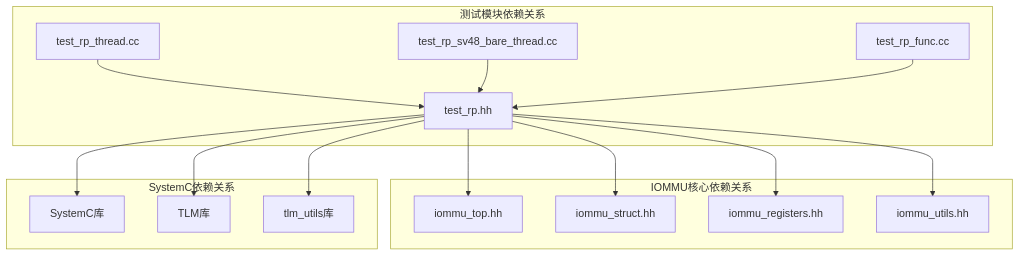
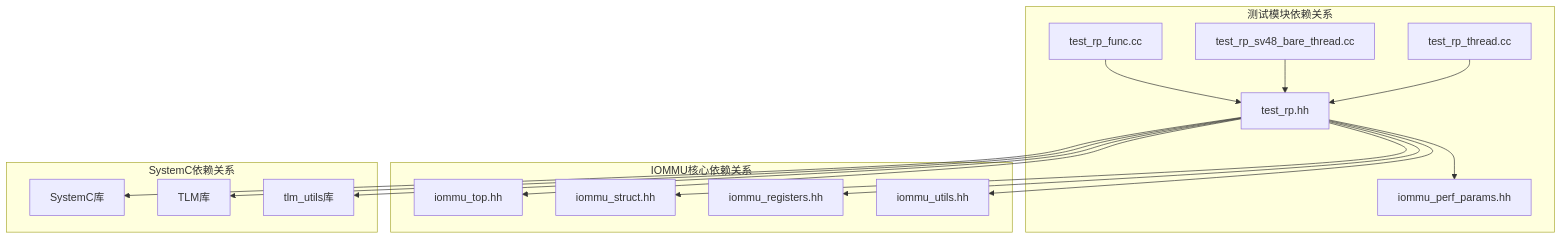
The ninth of 11 diagrams in .qoder/repowiki/zh/content/测试框架/Root Port测试模块.md (jiangjiang1122/iommu_model_20260401_v1), drawn with Mermaid before and after one commit. The commit also changed other lines of this file and 6 other files, not shown here.

````diff
--- a/.qoder/repowiki/zh/content/测试框架/Root Port测试模块.md
+++ b/.qoder/repowiki/zh/content/测试框架/Root Port测试模块.md
@@ -340,30 +352,32 @@
 ```mermaid
 graph TB
 subgraph "测试模块依赖关系"
 A[test_rp_thread.cc]
 B[test_rp_sv48_bare_thread.cc]
 C[test_rp_func.cc]
 D[test_rp.hh]
+E[iommu_perf_params.hh]
 end
 subgraph "IOMMU核心依赖关系"
-E[iommu_top.hh]
-F[iommu_struct.hh]
-G[iommu_registers.hh]
-H[iommu_utils.hh]
+F[iommu_top.hh]
+G[iommu_struct.hh]
+H[iommu_registers.hh]
+I[iommu_utils.hh]
 end
 subgraph "SystemC依赖关系"
-I[SystemC库]
-J[TLM库]
-K[tlm_utils库]
+J[SystemC库]
+K[TLM库]
+L[tlm_utils库]
 end
 A --> D
 B --> D
 C --> D
-D --> E
 D --> F
 D --> G
 D --> H
 D --> I
 D --> J
 D --> K
+D --> L
+D --> E
 ```
````
